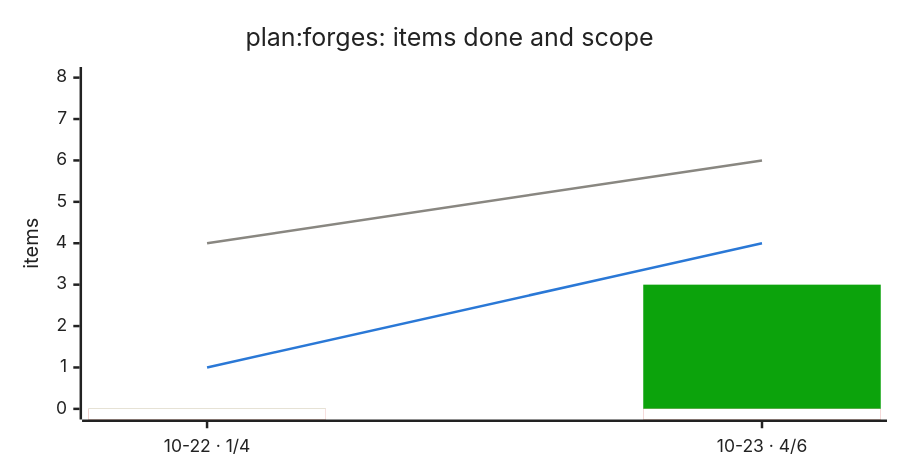
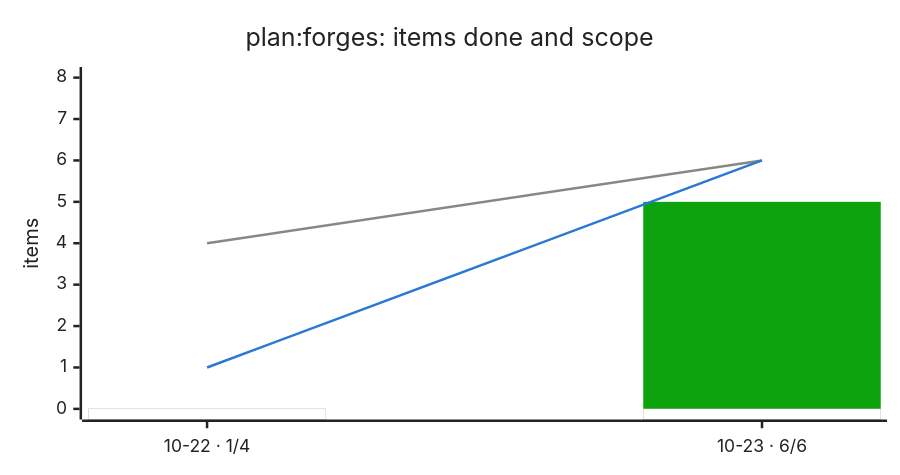
Before and after one commit to bvraghav/pmtrack: the third of 3 diagrams in forges.md, drawn with Mermaid. The commit also changed other lines of this file and 4 other files, not shown here.

````diff
--- a/forges.md
+++ b/forges.md
@@ -72,13 +67,13 @@
 ```mermaid
 %%{init: {"themeVariables": {"xyChart": {"backgroundColor": "#ffffff", "titleColor": "#222222", "plotColorPalette": "#0ca30c,#ffffff,#d03b3b,#ffffff,#898781,#2a78d6", "xAxisLabelColor": "#222222", "xAxisTitleColor": "#222222", "xAxisTickColor": "#222222", "xAxisLineColor": "#222222", "yAxisLabelColor": "#222222", "yAxisTitleColor": "#222222", "yAxisTickColor": "#222222", "yAxisLineColor": "#222222"}}, "xyChart": {"height": 360}}}%%
 xychart-beta
   title "plan:forges: items done and scope"
-  x-axis ["10-22 · 1/4", "10-23 · 4/6"]
+  x-axis ["10-22 · 1/4", "10-23 · 6/6"]
   y-axis "items" 0 --> 8
-  bar [0, 3]
+  bar [0, 5]
   bar [0, 0]
   bar [0, 0]
   bar [0, 0]
   line [4, 6]
-  line [1, 4]
+  line [1, 6]
 ```
````
